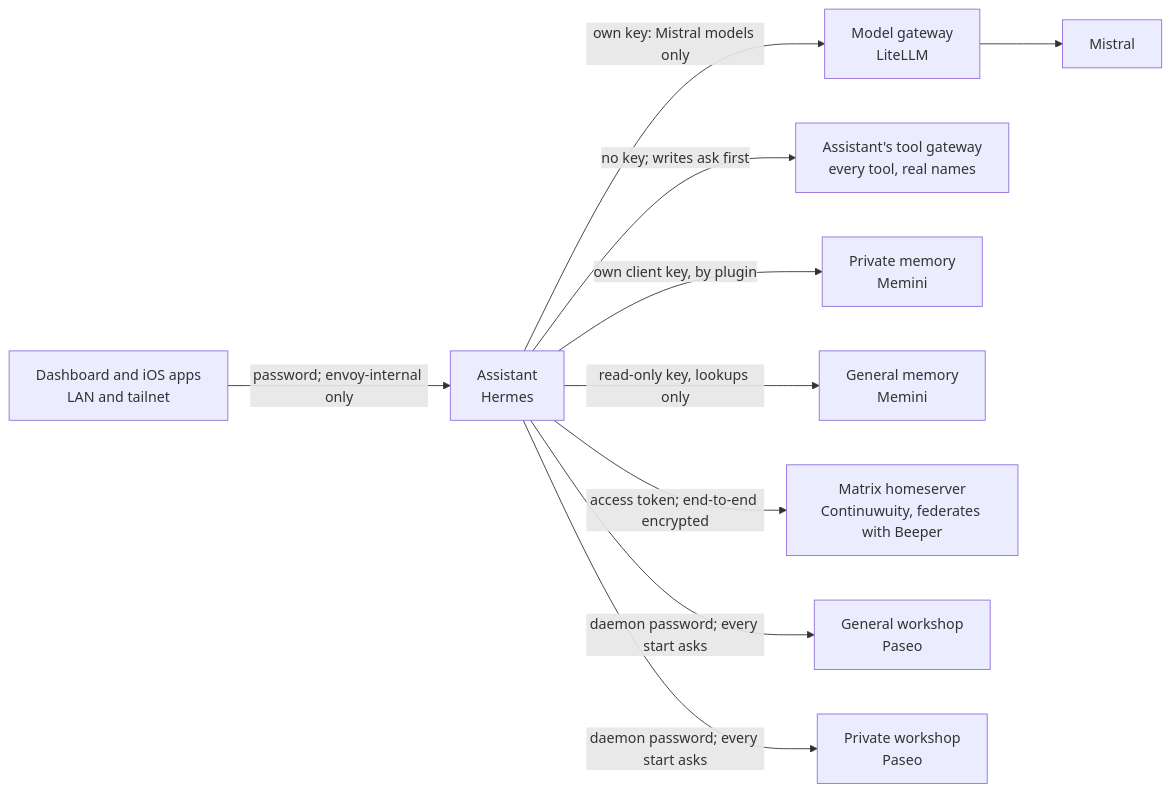
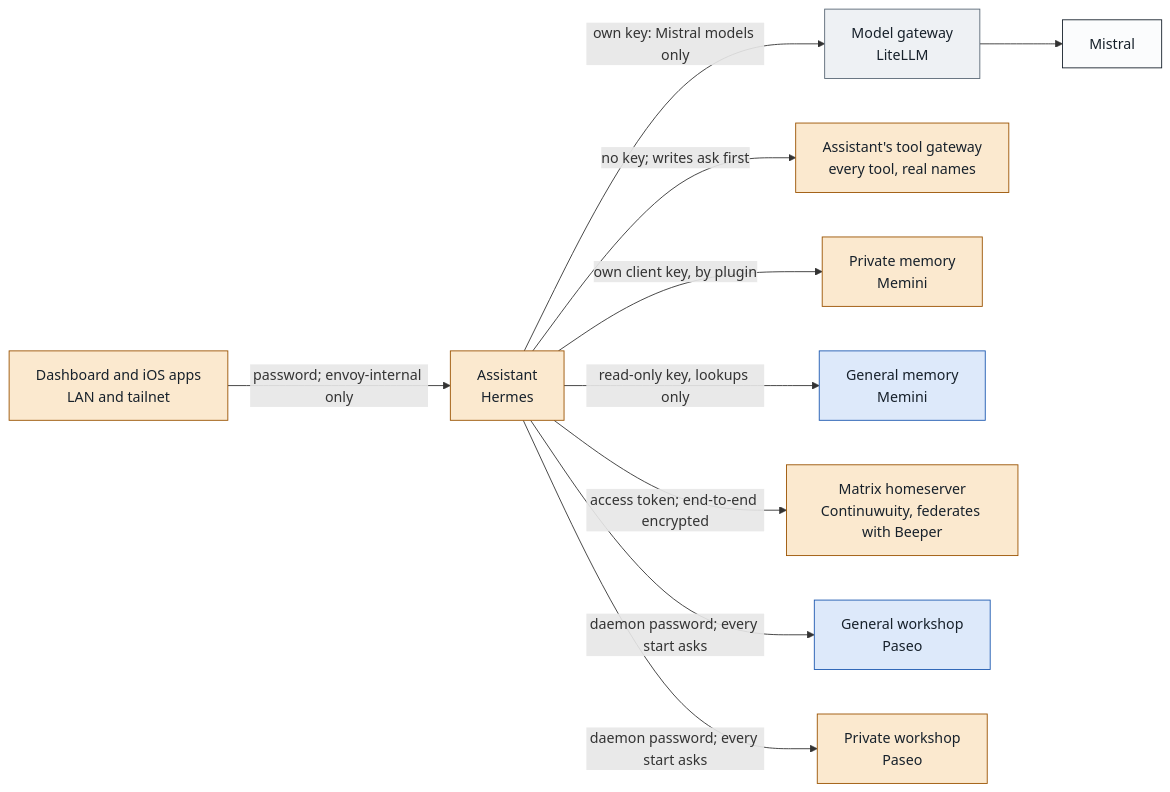
Before and after one commit to h-wb/home-ops: the first of 6 diagrams in kubernetes/apps/main/llm/docs/wiring.md, drawn with Mermaid. The commit also changed other lines of this file and 26 other files, not shown here.

````diff
--- a/kubernetes/apps/main/llm/docs/wiring.md
+++ b/kubernetes/apps/main/llm/docs/wiring.md
@@ -57,22 +50,26 @@
 ```mermaid
 flowchart LR
     A["Assistant<br/>Hermes"]:::private
     L["Model gateway<br/>LiteLLM"]:::shared
     MI["Mistral"]:::outside
     T["Assistant's tool gateway<br/>every tool, real names"]:::private
     M["Private memory<br/>Memini"]:::private
     G["General memory<br/>Memini"]:::general
     MX["Matrix homeserver<br/>Continuwuity, federates with Beeper"]:::private
     D["Dashboard and iOS apps<br/>LAN and tailnet"]:::private
     GW["General workshop<br/>Paseo"]:::general
     PW["Private workshop<br/>Paseo"]:::private
     A -->|"own key: Mistral models only"| L
     L --> MI
     A -->|"no key; writes ask first"| T
     A -->|"own client key, by plugin"| M
     A -->|"read-only key, lookups only"| G
     A -->|"access token; end-to-end encrypted"| MX
     D -->|"password; envoy-internal only"| A
     A -->|"daemon password; every start asks"| GW
     A -->|"daemon password; every start asks"| PW
+    classDef private fill:#fbe9cf,stroke:#9a5200,color:#17212b
+    classDef general fill:#dde9fa,stroke:#1c58b0,color:#17212b
+    classDef shared fill:#eef1f4,stroke:#5a6876,color:#17212b
+    classDef outside fill:#fbfcfd,stroke:#17212b,color:#17212b
 ```
````
